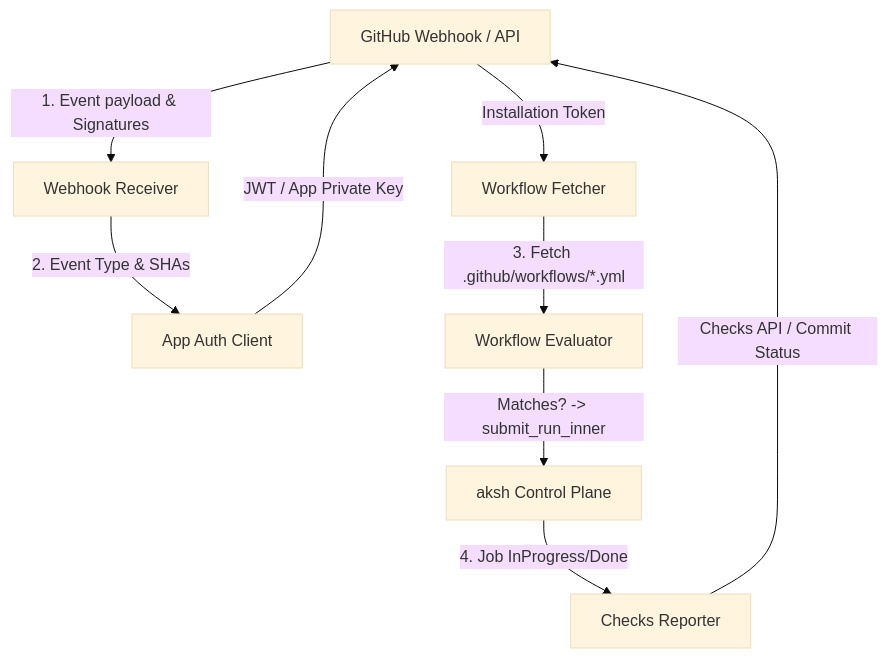
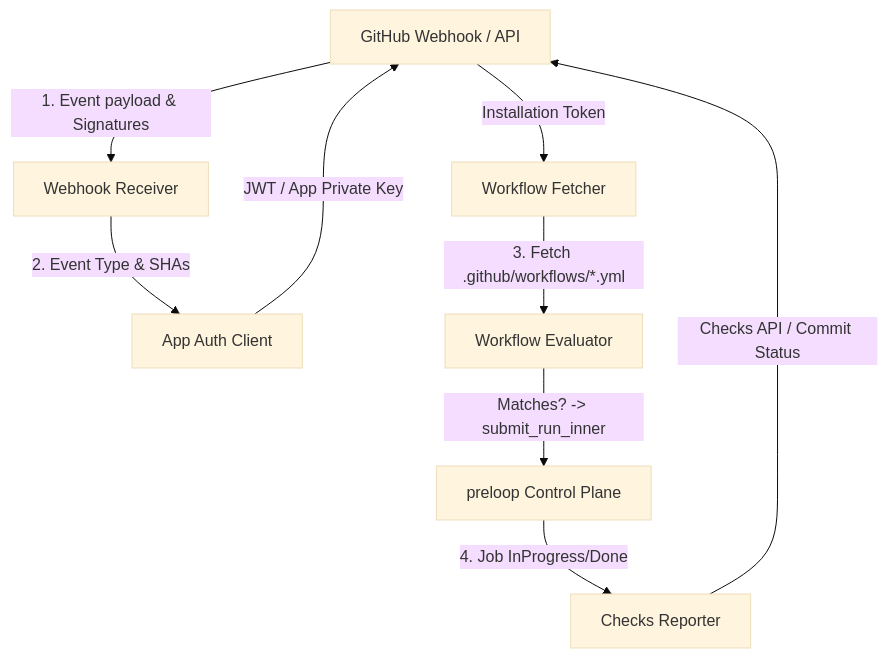
The diagram in docs/github-app-webhook.md (preloopdev/preloop), drawn with Mermaid (base theme) before and after one commit. The commit also changed other lines of this file and 593 other files, not shown here.

First line of the commit message:
refactor: rename aksh crates and surfaces to preloop

````diff
--- a/docs/github-app-webhook.md
+++ b/docs/github-app-webhook.md
@@ -13,11 +13,11 @@
 ```mermaid
 graph TD
     GH[GitHub Webhook / API] -->|1. Event payload & Signatures| Wh[Webhook Receiver]
     Wh -->|2. Event Type & SHAs| Auth[App Auth Client]
     Auth -->|JWT / App Private Key| GH
     GH -->|Installation Token| Fetch[Workflow Fetcher]
     Fetch -->|3. Fetch .github/workflows/*.yml| AST[Workflow Evaluator]
-    AST -->|Matches? -> submit_run_inner| Core[aksh Control Plane]
+    AST -->|Matches? -> submit_run_inner| Core[preloop Control Plane]
     Core -->|4. Job InProgress/Done| Report[Checks Reporter]
     Report -->|Checks API / Commit Status| GH
 ```
````
